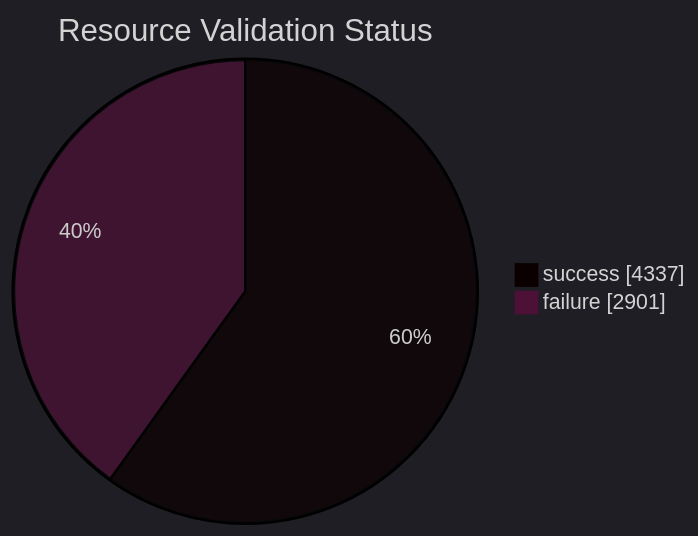
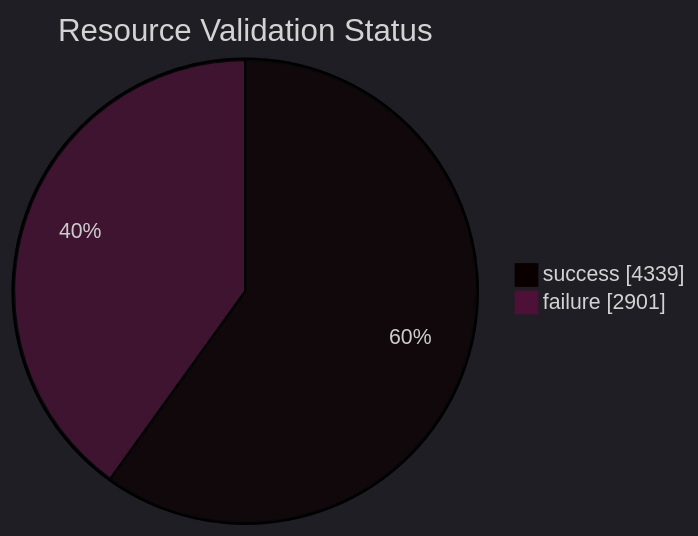
Before and after one commit to open-data/analytics-corporate-reporting: the diagram in datastore_tracker/resource_validation_status_pie_chart.md, drawn with Mermaid. The commit also changed 8 other files, not shown here.

````diff
--- a/datastore_tracker/resource_validation_status_pie_chart.md
+++ b/datastore_tracker/resource_validation_status_pie_chart.md
@@ -2,9 +2,9 @@
 ```mermaid
 ---
 config:
   theme: dark
 ---
 pie showData title Resource Validation Status
-    "success": 4337
+    "success": 4339
     "failure": 2901
 ```
````
